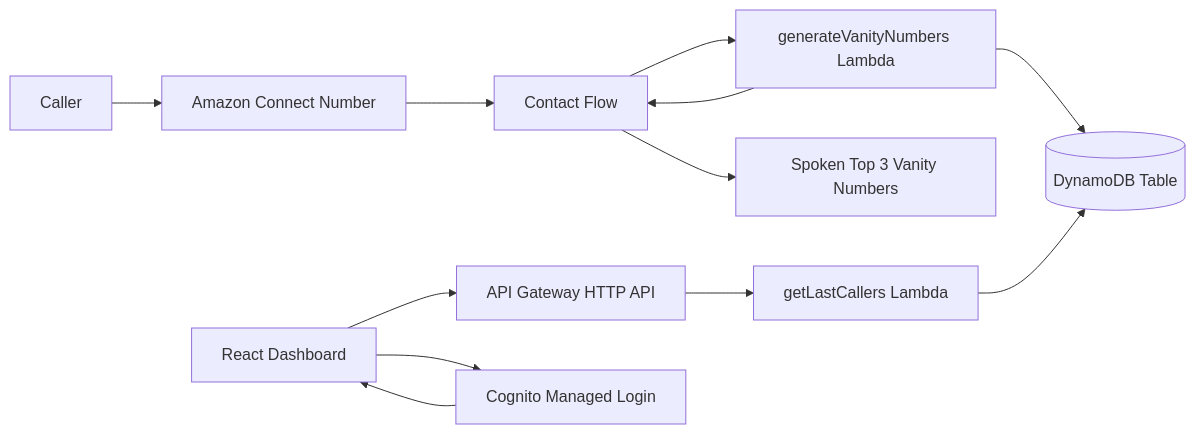
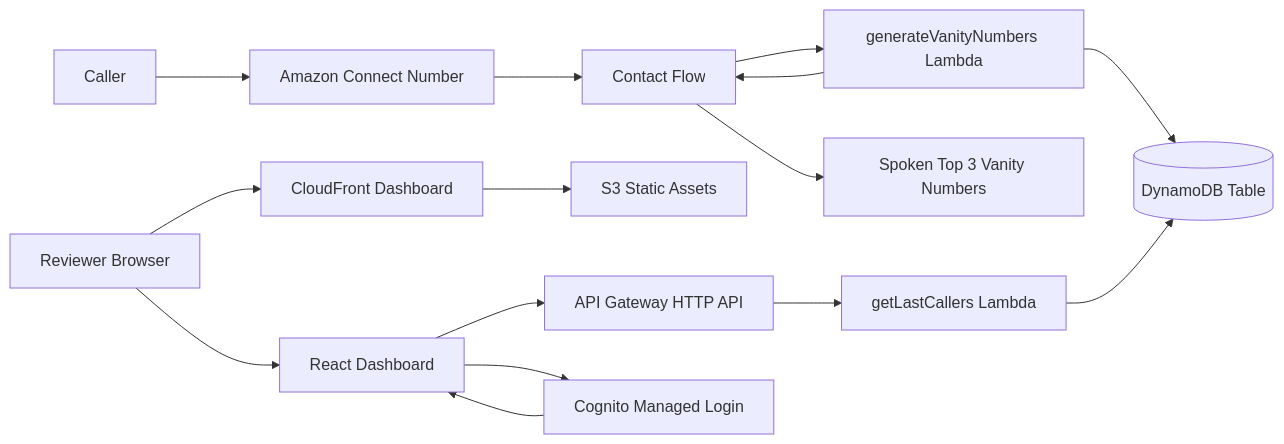
Before and after one commit to SagoBno/vanity-number-app: the first of 2 diagrams in docs/architecture.md, drawn with Mermaid. The commit also changed other lines of this file and 17 other files, not shown here.

````diff
--- a/docs/architecture.md
+++ b/docs/architecture.md
@@ -5,15 +5,18 @@
 ```mermaid
 flowchart LR
     Caller[Caller] --> ConnectNumber[Amazon Connect Number]
     ConnectNumber --> Flow[Contact Flow]
     Flow --> Generate[generateVanityNumbers Lambda]
     Generate --> Table[(DynamoDB Table)]
     Generate --> Flow
     Flow --> Prompt[Spoken Top 3 Vanity Numbers]
 
-    Dashboard[React Dashboard] --> Api[API Gateway HTTP API]
+    Browser[Reviewer Browser] --> CloudFront[CloudFront Dashboard]
+    CloudFront --> S3[S3 Static Assets]
+    Browser --> Dashboard[React Dashboard]
+    Dashboard --> Api[API Gateway HTTP API]
     Dashboard --> Cognito[Cognito Managed Login]
     Cognito --> Dashboard
     Api --> Latest[getLastCallers Lambda]
     Latest --> Table
 ```
````
